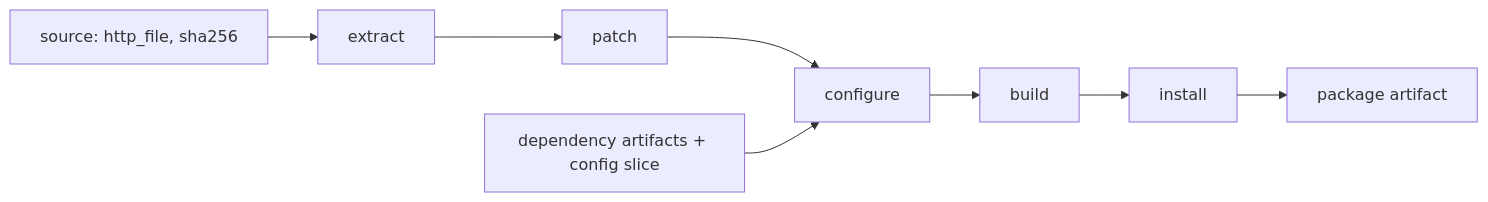
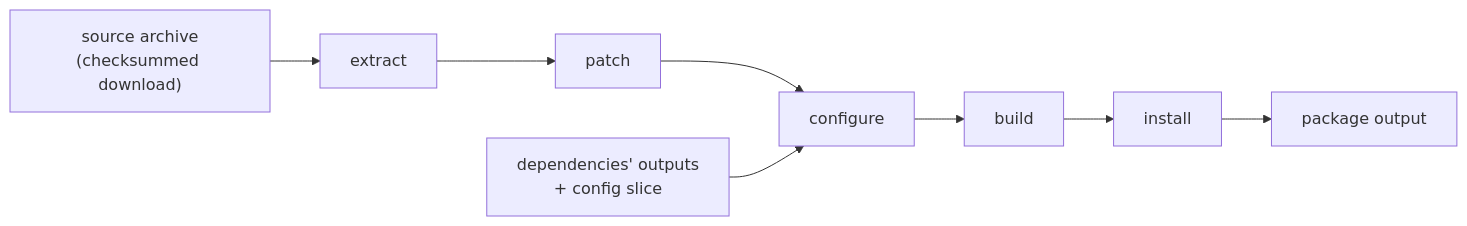
The first of 2 diagrams in docs/walkthrough/stepped.md (DeepSpaceCartel/buckroot), drawn with Mermaid before and after one commit. The commit also changed other lines of this file and 13 other files, not shown here.

````diff
--- a/docs/walkthrough/stepped.md
+++ b/docs/walkthrough/stepped.md
@@ -49,10 +61,10 @@
 ```mermaid
 flowchart LR
-    src[source: http_file, sha256] --> ext[extract]
+    src["source archive<br/>(checksummed download)"] --> ext[extract]
     ext --> pat[patch]
     pat --> cfg[configure]
-    deps[dependency artifacts + config slice] --> cfg
+    deps["dependencies' outputs<br/>+ config slice"] --> cfg
     cfg --> bld[build]
     bld --> ins[install]
-    ins --> art[package artifact]
+    ins --> art[package output]
 ```
````
